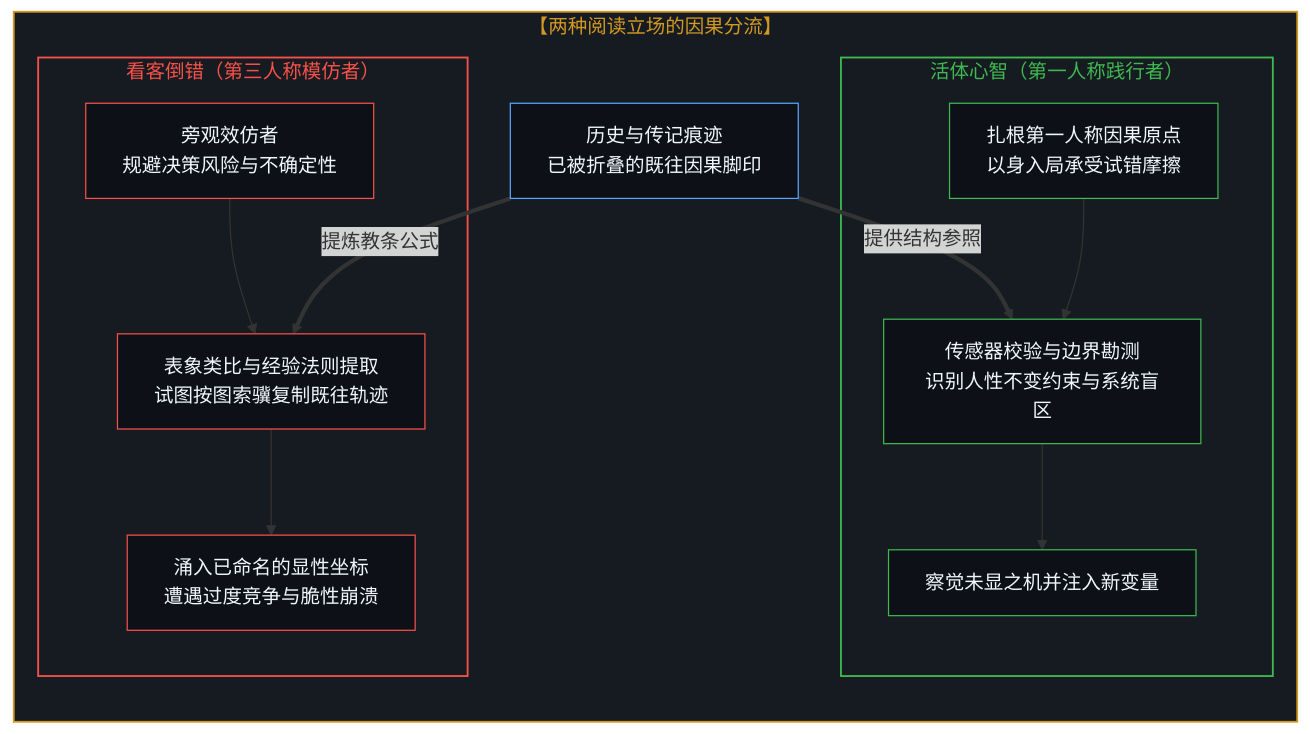
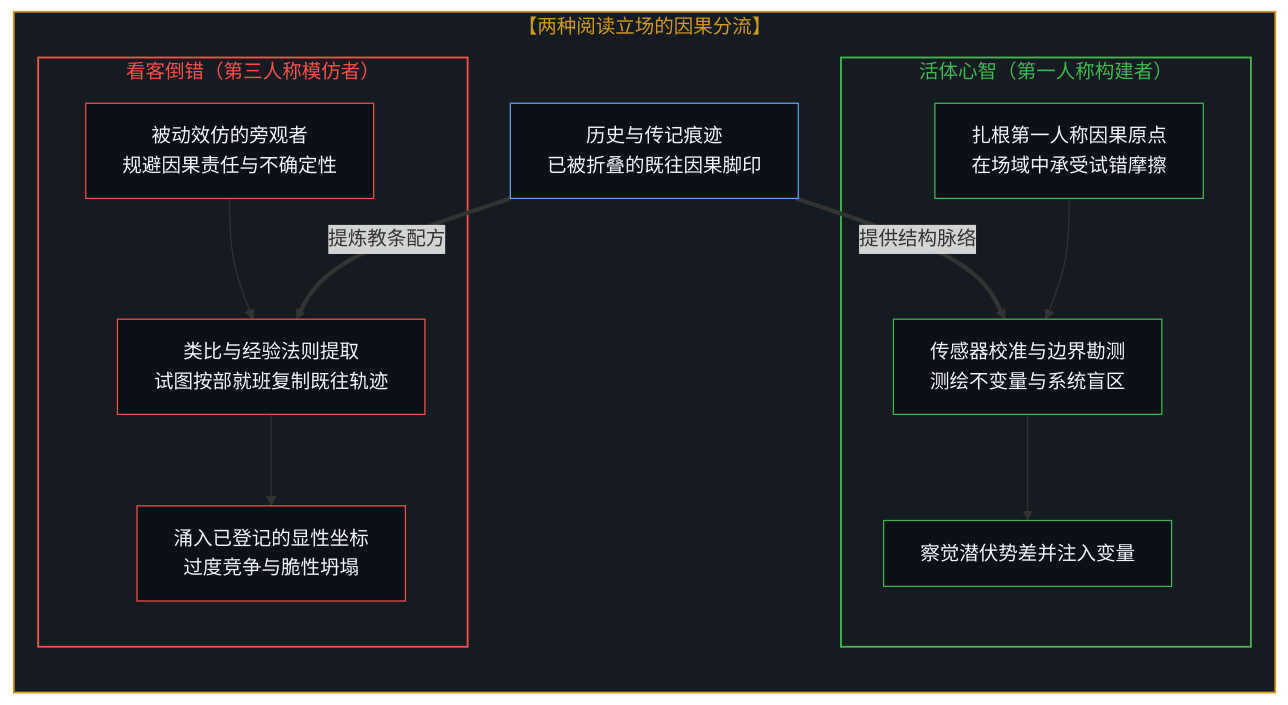
The first of 6 diagrams in content/posts/the-free-variable-and-the-retrospective-illusion-of-power.md (powerpig99/not-a-toe), drawn with Mermaid before and after one commit. The commit also changed other lines of this file and 3 other files, not shown here.

````diff
--- a/content/posts/the-free-variable-and-the-retrospective-illusion-of-power.md
+++ b/content/posts/the-free-variable-and-the-retrospective-illusion-of-power.md
@@ -21,38 +21,33 @@
 ```mermaid
 flowchart TD
     subgraph S_Scaffolding["【两种阅读立场的因果分流】"]
         direction TB
         HistoricalTraces["历史与传记痕迹<br>已被折叠的既往因果脚印"]
-        
-        subgraph S_Mind["活体心智（第一人称践行者）"]
-            FrictionActor["扎根第一人称因果原点<br>以身入局承受试错摩擦"]
-            SensorCalibration["传感器校验与边界勘测<br>识别人性不变约束与系统盲区"]
-            FirstPersonAction["察觉未显之机并注入新变量"]
+        subgraph S_Mind["活体心智（第一人称构建者）"]
+            FrictionActor["扎根第一人称因果原点<br>在场域中承受试错摩擦"]
+            SensorCalibration["传感器校准与边界勘测<br>测绘不变量与系统盲区"]
+            FirstPersonAction["察觉潜伏势差并注入变量"]
         end
-        
         subgraph S_Inversion["看客倒错（第三人称模仿者）"]
-            SpectatorMind["旁观效仿者<br>规避决策风险与不确定性"]
-            AnalogyHeuristics["表象类比与经验法则提取<br>试图按图索骥复制既往轨迹"]
-            CrowdedZeroSum["涌入已命名的显性坐标<br>遭遇过度竞争与脆性崩溃"]
+            SpectatorMind["被动效仿的旁观者<br>规避因果责任与不确定性"]
+            AnalogyHeuristics["类比与经验法则提取<br>试图按部就班复制既往轨迹"]
+            CrowdedZeroSum["涌入已登记的显性坐标<br>过度竞争与脆性坍塌"]
         end
-        
-        HistoricalTraces ==>|"提供结构参照"| SensorCalibration
+        HistoricalTraces ==>|"提供结构脉络"| SensorCalibration
         FrictionActor --> SensorCalibration
         SensorCalibration --> FirstPersonAction
-        
-        HistoricalTraces ==>|"提炼教条公式"| AnalogyHeuristics
+        HistoricalTraces ==>|"提炼教条配方"| AnalogyHeuristics
         SpectatorMind --> AnalogyHeuristics
         AnalogyHeuristics --> CrowdedZeroSum
     end
-
     style S_Scaffolding fill:#161b22,stroke:#d29922,stroke-width:1.5px,color:#d29922
     style S_Mind fill:#161b22,stroke:#3fb950,stroke-width:1.5px,color:#3fb950
     style S_Inversion fill:#161b22,stroke:#f85149,stroke-width:1.5px,color:#f85149
     style HistoricalTraces fill:#0d1117,stroke:#58a6ff,stroke-width:1px,color:#f0f6fc
     style FrictionActor fill:#0d1117,stroke:#3fb950,stroke-width:1px,color:#f0f6fc
     style SensorCalibration fill:#0d1117,stroke:#3fb950,stroke-width:1px,color:#f0f6fc
     style FirstPersonAction fill:#0d1117,stroke:#3fb950,stroke-width:1px,color:#f0f6fc
     style SpectatorMind fill:#0d1117,stroke:#f85149,stroke-width:1px,color:#f0f6fc
     style AnalogyHeuristics fill:#0d1117,stroke:#f85149,stroke-width:1px,color:#f0f6fc
     style CrowdedZeroSum fill:#0d1117,stroke:#f85149,stroke-width:1px,color:#f0f6fc
 ```
````
